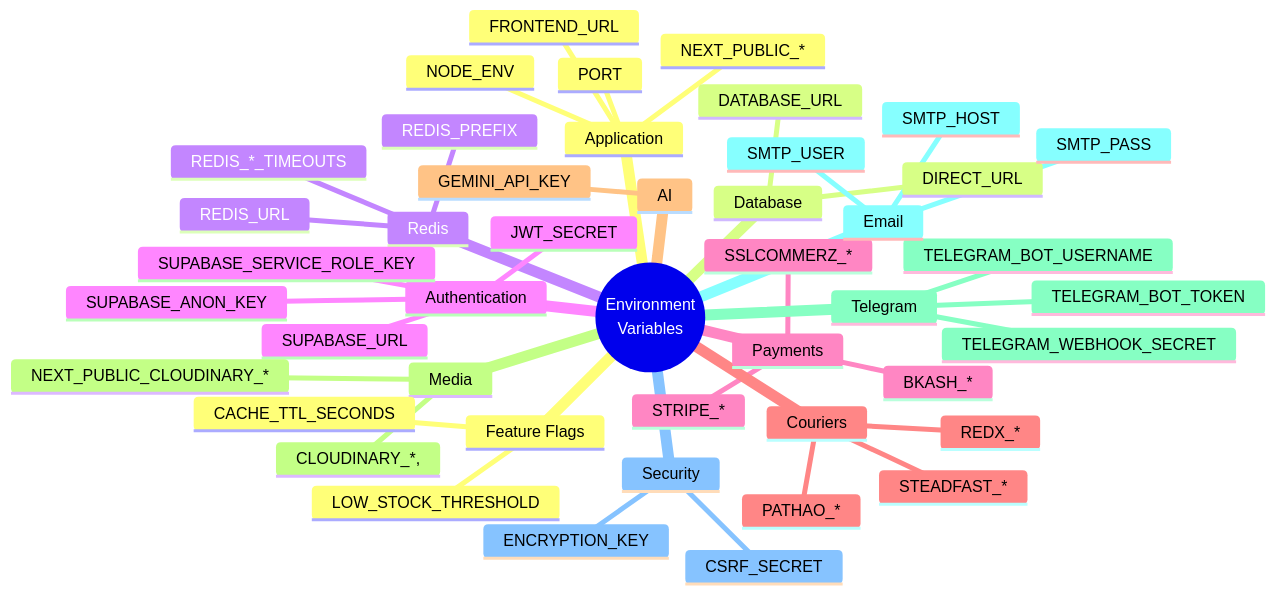
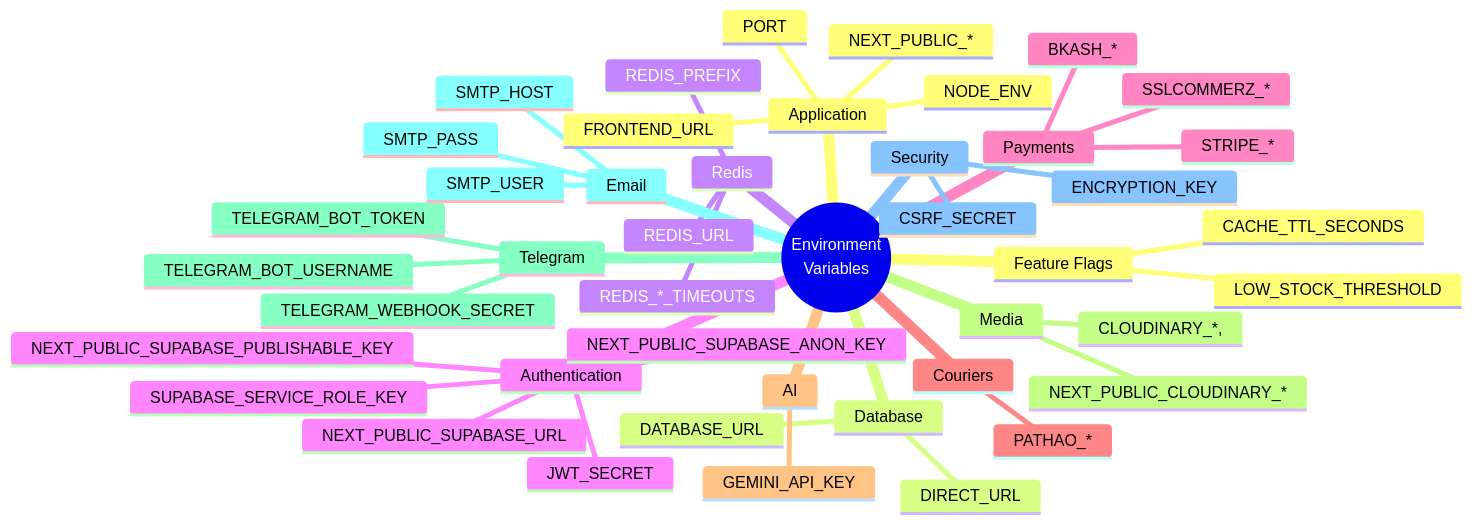
The diagram in docs/Environment-Variables.md (Suhan-Ahmad226/LofiMart), drawn with Mermaid before and after one commit. The commit also changed other lines of this file and 672 other files, not shown here.

Commit message:
refactor: consolidate marketplace architecture and features

````diff
--- a/docs/Environment-Variables.md
+++ b/docs/Environment-Variables.md
@@ -11,48 +11,47 @@
 ```mermaid
 mindmap
   root((Environment<br/>Variables))
     Application
       NODE_ENV
       PORT
       FRONTEND_URL
       NEXT_PUBLIC_*
     Database
       DATABASE_URL
       DIRECT_URL
     Redis
       REDIS_URL
       REDIS_PREFIX
       REDIS_*_TIMEOUTS
     Authentication
       JWT_SECRET
-      SUPABASE_URL
-      SUPABASE_ANON_KEY
+      NEXT_PUBLIC_SUPABASE_URL
+      NEXT_PUBLIC_SUPABASE_PUBLISHABLE_KEY
+      NEXT_PUBLIC_SUPABASE_ANON_KEY
       SUPABASE_SERVICE_ROLE_KEY
     Payments
       BKASH_*
       STRIPE_*
       SSLCOMMERZ_*
     Couriers
       PATHAO_*
-      REDX_*
-      STEADFAST_*
     AI
       GEMINI_API_KEY
     Media
       CLOUDINARY_*,
       NEXT_PUBLIC_CLOUDINARY_*
     Telegram
       TELEGRAM_BOT_TOKEN
       TELEGRAM_BOT_USERNAME
       TELEGRAM_WEBHOOK_SECRET
     Email
       SMTP_HOST
       SMTP_USER
       SMTP_PASS
     Security
       CSRF_SECRET
       ENCRYPTION_KEY
     Feature Flags
       LOW_STOCK_THRESHOLD
       CACHE_TTL_SECONDS
 ```
````
